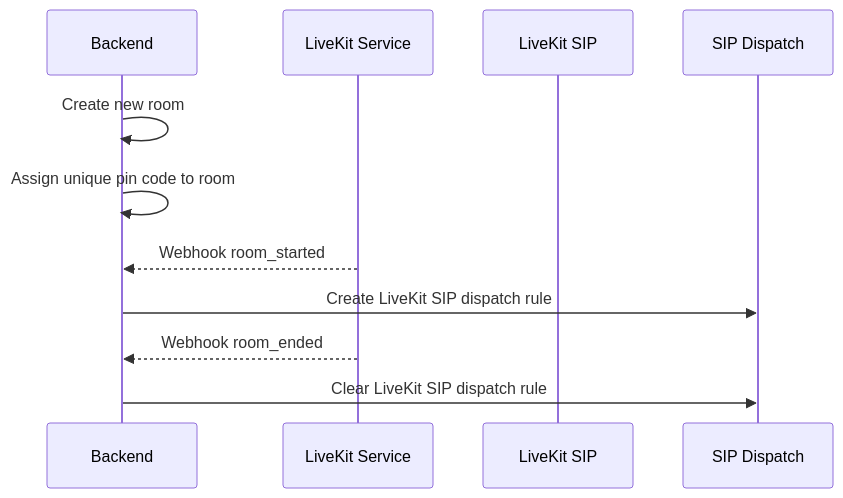
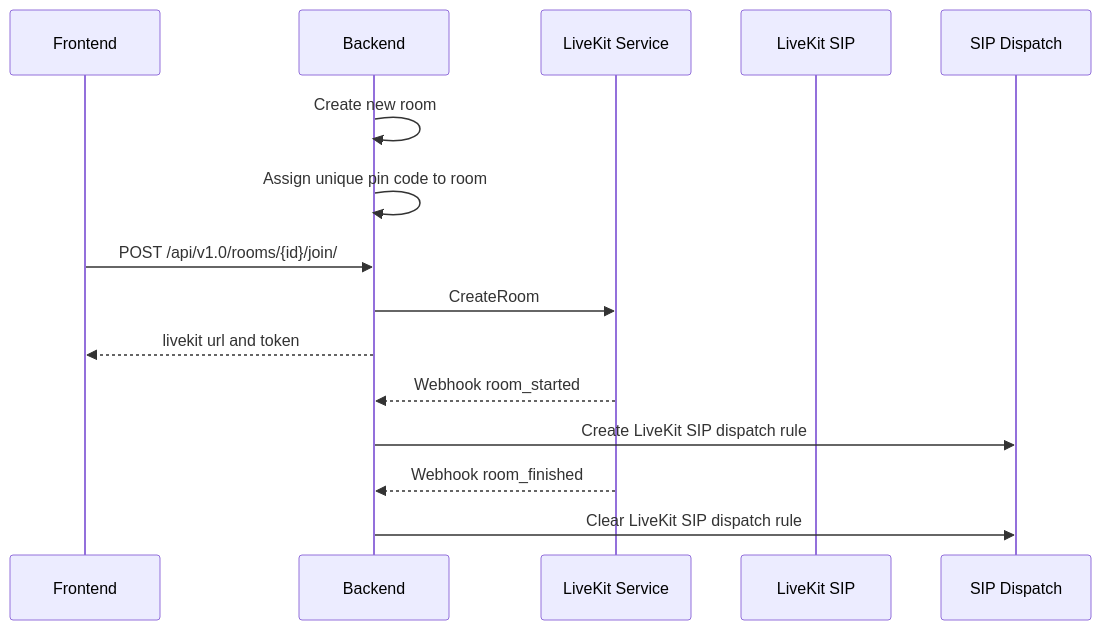
The first of 2 diagrams in docs/features/telephony.md (suitenumerique/meet), drawn with Mermaid before and after one commit. The commit also changed other lines of this file and 4 other files, not shown here.

````diff
--- a/docs/features/telephony.md
+++ b/docs/features/telephony.md
@@ -22,16 +23,21 @@
 ```mermaid
 sequenceDiagram
+    participant Frontend
     participant Backend
     participant LiveKit as LiveKit Service
     participant SIP as LiveKit SIP
     participant Dispatch as SIP Dispatch
 
     Backend->>Backend: Create new room
     Backend->>Backend: Assign unique pin code to room
 
+    Frontend->>Backend: POST /api/v1.0/rooms/{id}/join/
+    Backend->>LiveKit: CreateRoom
+    Backend-->>Frontend: livekit url and token
+
     LiveKit-->>Backend: Webhook room_started
     Backend->>Dispatch: Create LiveKit SIP dispatch rule
 
-    LiveKit-->>Backend: Webhook room_ended
+    LiveKit-->>Backend: Webhook room_finished
     Backend->>Dispatch: Clear LiveKit SIP dispatch rule
 ```
````
